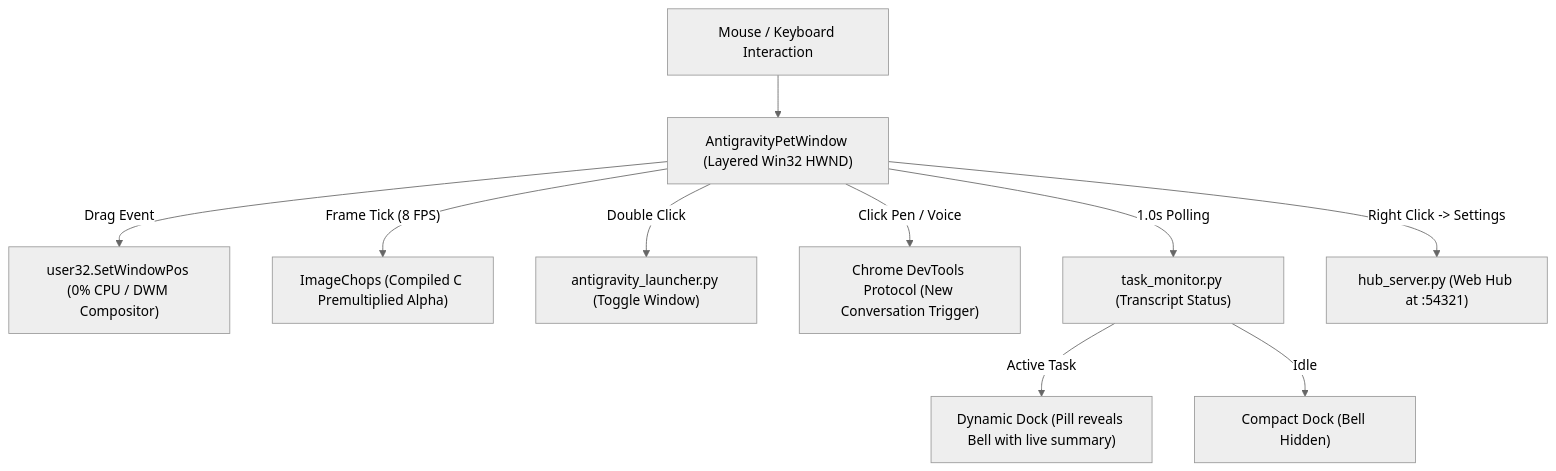
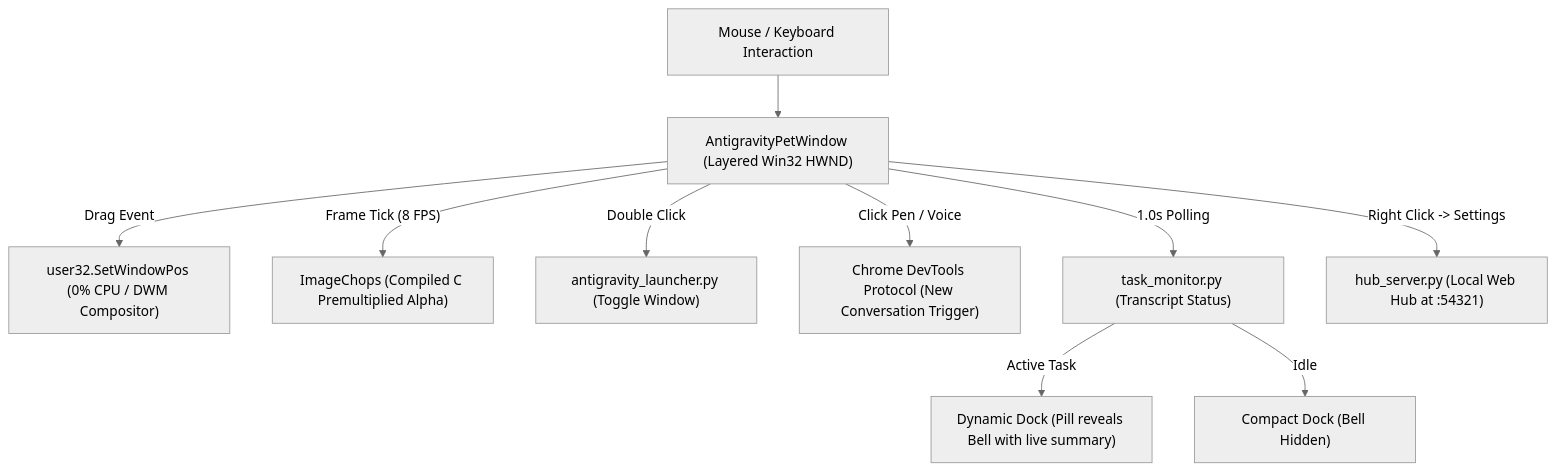
The diagram in README.md (TanzilRayhan/antigravity-pet), drawn with Mermaid (neutral theme) before and after one commit. The commit also changed other lines of this file and 1 other file, not shown here.

Commit message:
docs: modernize README with open-source pets, architecture, and consolidate distribution guide

````diff
--- a/README.md
+++ b/README.md
@@ -111,12 +176,12 @@
 ```mermaid
 flowchart TD
     User["Mouse / Keyboard Interaction"] --> PetWin["AntigravityPetWindow (Layered Win32 HWND)"]
     PetWin -->|"Drag Event"| HWMove["user32.SetWindowPos (0% CPU / DWM Compositor)"]
     PetWin -->|"Frame Tick (8 FPS)"| FastAlpha["ImageChops (Compiled C Premultiplied Alpha)"]
     PetWin -->|"Double Click"| Launcher["antigravity_launcher.py (Toggle Window)"]
     PetWin -->|"Click Pen / Voice"| CDP["Chrome DevTools Protocol (New Conversation Trigger)"]
     PetWin -->|"1.0s Polling"| TaskMon["task_monitor.py (Transcript Status)"]
     TaskMon -->|"Active Task"| Dock["Dynamic Dock (Pill reveals Bell with live summary)"]
     TaskMon -->|"Idle"| CompactDock["Compact Dock (Bell Hidden)"]
-    PetWin -->|"Right Click -> Settings"| HubServer["hub_server.py (Web Hub at :54321)"]
+    PetWin -->|"Right Click -> Settings"| HubServer["hub_server.py (Local Web Hub at :54321)"]
 ```
````
